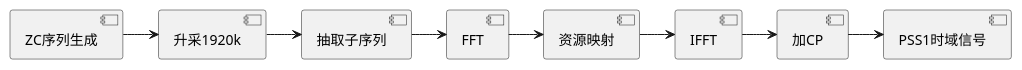
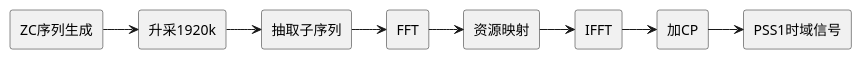
One commit to zrainx/xiaoshujiang changed the first of 2 diagrams in 同步算法学习笔记.md. Above: the diagram before and after it, drawn with PlantUML. The commit also changed other lines of this file, not shown here.

Commit message:
修改文件: 同步算法学习笔记.md

````diff
--- a/同步算法学习笔记.md
+++ b/同步算法学习笔记.md
@@ -14,9 +14,18 @@
 ```plantuml!
+rectangle ZC序列生成
+rectangle 升采1920k
+rectangle 抽取子序列
+rectangle FFT
+rectangle 资源映射
+rectangle IFFT
+rectangle 加CP
+rectangle PSS1时域信号
+
 [ZC序列生成]->[升采1920k]
 [升采1920k]->[抽取子序列]
 [抽取子序列]->[FFT]
 [FFT]->[资源映射]
 [资源映射]->[IFFT]
 [IFFT]->[加CP]
 [加CP]->[PSS1时域信号]
 ```
````
